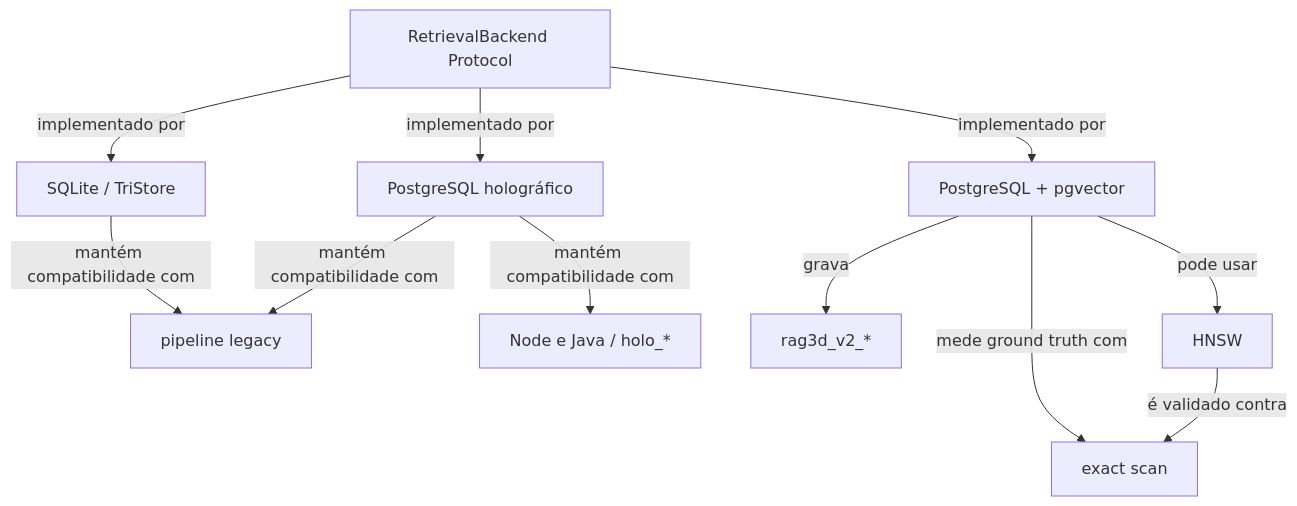
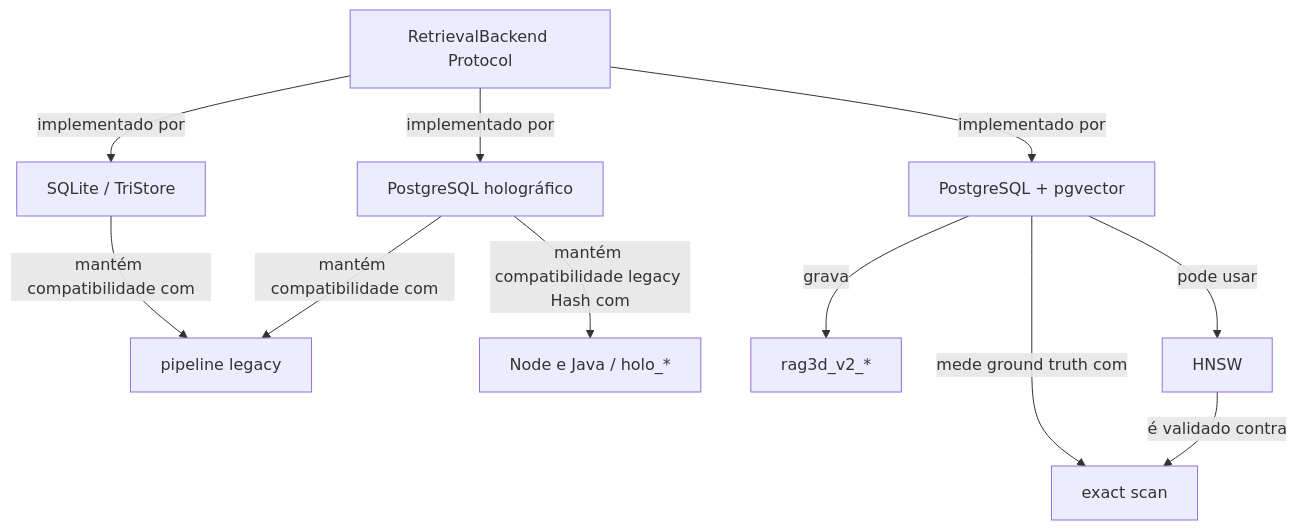
Before and after one commit to fabiofernandesss/Rag3D: the second of 2 diagrams in docs/engineering/retrieval-v2/retrieval-v2-graph.md, drawn with Mermaid. The commit also changed 12 other files, not shown here.

````diff
--- a/docs/engineering/retrieval-v2/retrieval-v2-graph.md
+++ b/docs/engineering/retrieval-v2/retrieval-v2-graph.md
@@ -47,13 +47,13 @@
 ```mermaid
 flowchart TB
   P[RetrievalBackend Protocol] -->|implementado por| SQ[SQLite / TriStore]
   P -->|implementado por| PH[PostgreSQL holográfico]
   P -->|implementado por| PV[PostgreSQL + pgvector]
   SQ -->|mantém compatibilidade com| L[pipeline legacy]
   PH -->|mantém compatibilidade com| L
-  PH -->|mantém compatibilidade com| X[Node e Java / holo_*]
+  PH -->|mantém compatibilidade legacy Hash com| X[Node e Java / holo_*]
   PV -->|grava| NS[rag3d_v2_*]
   PV -->|mede ground truth com| EX[exact scan]
   PV -->|pode usar| ANN[HNSW]
   ANN -->|é validado contra| EX
 ```
````
